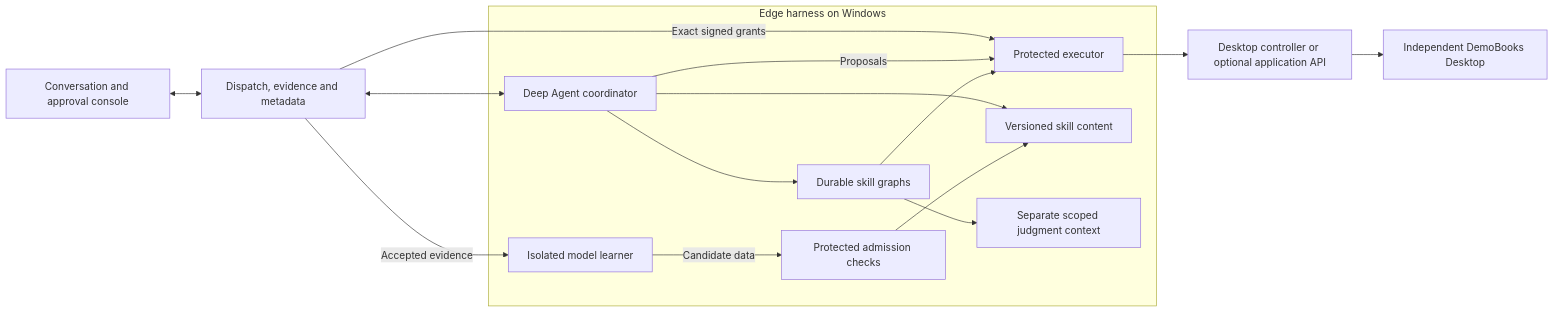
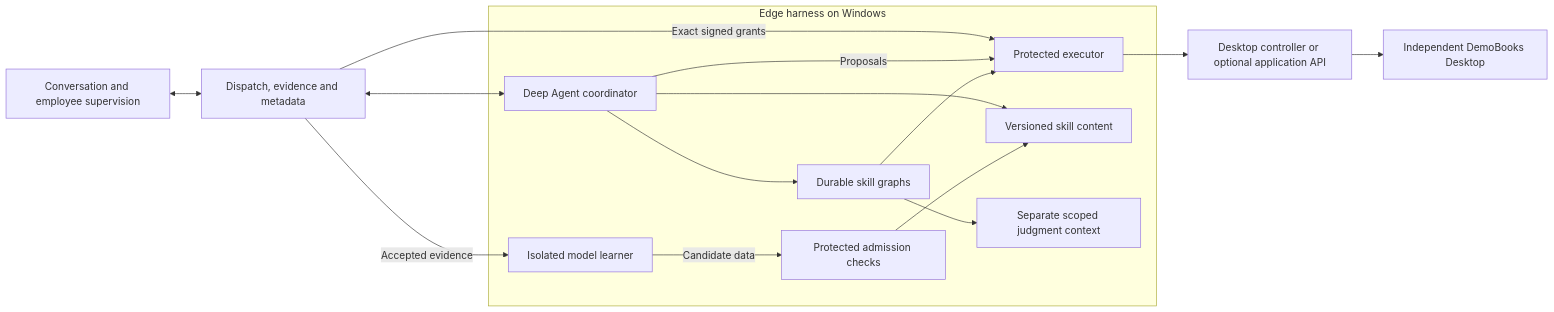
One commit to philip-roy-jones/enterprise-agent-system changed the diagram in README.md. Above: the diagram before and after it, drawn with Mermaid. The commit also changed other lines of this file and 93 other files, not shown here.

````diff
--- a/README.md
+++ b/README.md
@@ -119,18 +116,18 @@
 ```mermaid
 flowchart LR
-    Staff[Conversation and approval console] <--> Server[Dispatch, evidence and metadata]
+    Staff[Conversation and employee supervision] <--> Server[Dispatch, evidence and metadata]
     Server <--> Agent
     Server -->|Exact signed grants| Authority
     subgraph Edge[Edge harness on Windows]
         Agent[Deep Agent coordinator] --> Skills[Versioned skill content]
         Agent --> Graph[Durable skill graphs]
         Agent -->|Proposals| Authority[Protected executor]
         Graph --> Authority
         Graph --> Judgment[Separate scoped judgment context]
         Learner[Isolated model learner] -->|Candidate data| Checks[Protected admission checks]
         Checks --> Skills
     end
     Authority --> Controller[Desktop controller or optional application API]
     Controller --> DemoBooks[Independent DemoBooks Desktop]
     Server -->|Accepted evidence| Learner
 ```
````
